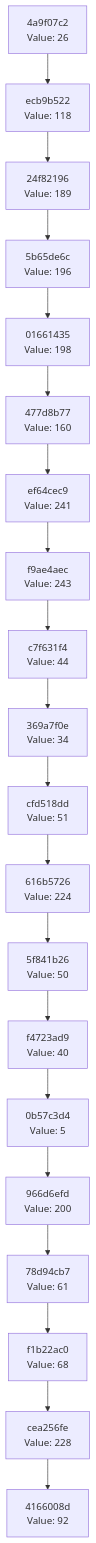
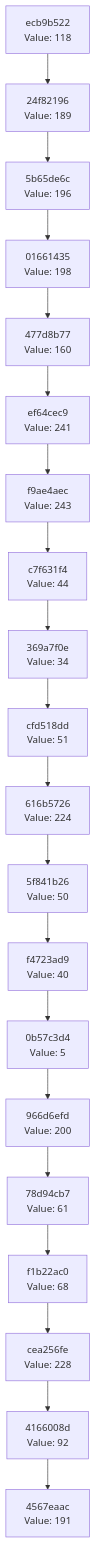
One commit to Abhisheksinha1506/hash-chain-evolver changed the diagram in docs/CHAIN_VISUALIZATION.md. Above: the diagram before and after it, drawn with Mermaid. The commit also changed 2 other files, not shown here.

Commit message:
Evolution step: hash 0xBF → action executed

````diff
--- a/docs/CHAIN_VISUALIZATION.md
+++ b/docs/CHAIN_VISUALIZATION.md
@@ -3,42 +3,42 @@
 ```mermaid
 graph TD
-    C0["4166008d<br/>Value: 92"]
-    C1["cea256fe<br/>Value: 228"]
+    C0["4567eaac<br/>Value: 191"]
+    C1["4166008d<br/>Value: 92"]
     C1 --> C0
-    C2["f1b22ac0<br/>Value: 68"]
+    C2["cea256fe<br/>Value: 228"]
     C2 --> C1
-    C3["78d94cb7<br/>Value: 61"]
+    C3["f1b22ac0<br/>Value: 68"]
     C3 --> C2
-    C4["966d6efd<br/>Value: 200"]
+    C4["78d94cb7<br/>Value: 61"]
     C4 --> C3
-    C5["0b57c3d4<br/>Value: 5"]
+    C5["966d6efd<br/>Value: 200"]
     C5 --> C4
-    C6["f4723ad9<br/>Value: 40"]
+    C6["0b57c3d4<br/>Value: 5"]
     C6 --> C5
-    C7["5f841b26<br/>Value: 50"]
+    C7["f4723ad9<br/>Value: 40"]
     C7 --> C6
-    C8["616b5726<br/>Value: 224"]
+    C8["5f841b26<br/>Value: 50"]
     C8 --> C7
-    C9["cfd518dd<br/>Value: 51"]
+    C9["616b5726<br/>Value: 224"]
     C9 --> C8
-    C10["369a7f0e<br/>Value: 34"]
+    C10["cfd518dd<br/>Value: 51"]
     C10 --> C9
-    C11["c7f631f4<br/>Value: 44"]
+    C11["369a7f0e<br/>Value: 34"]
     C11 --> C10
-    C12["f9ae4aec<br/>Value: 243"]
+    C12["c7f631f4<br/>Value: 44"]
     C12 --> C11
-    C13["ef64cec9<br/>Value: 241"]
+    C13["f9ae4aec<br/>Value: 243"]
     C13 --> C12
-    C14["477d8b77<br/>Value: 160"]
+    C14["ef64cec9<br/>Value: 241"]
     C14 --> C13
-    C15["01661435<br/>Value: 198"]
+    C15["477d8b77<br/>Value: 160"]
     C15 --> C14
-    C16["5b65de6c<br/>Value: 196"]
+    C16["01661435<br/>Value: 198"]
     C16 --> C15
-    C17["24f82196<br/>Value: 189"]
+    C17["5b65de6c<br/>Value: 196"]
     C17 --> C16
-    C18["ecb9b522<br/>Value: 118"]
+    C18["24f82196<br/>Value: 189"]
     C18 --> C17
-    C19["4a9f07c2<br/>Value: 26"]
+    C19["ecb9b522<br/>Value: 118"]
     C19 --> C18
 ```
````
